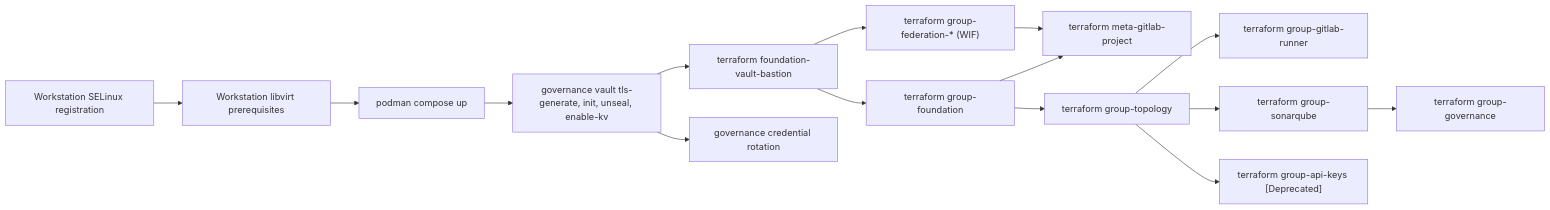
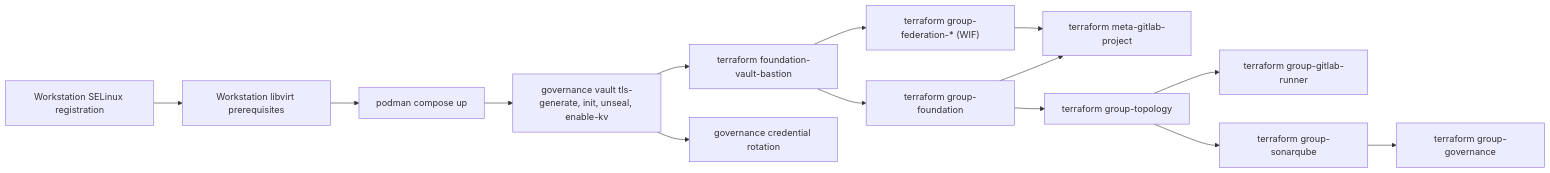
One commit to csning1998/parent-group-governance changed the diagram in README.md. Above: the diagram before and after it, drawn with Mermaid. The commit also changed other lines of this file and 20 other files, not shown here.

````diff
--- a/README.md
+++ b/README.md
@@ -39,17 +39,16 @@
 ```mermaid
 flowchart LR
     SELinux["Workstation SELinux registration"] --> Libvirt["Workstation libvirt prerequisites"]
     Libvirt --> Compose["podman compose up"]
     Compose --> VaultLifecycle["governance vault tls-generate, init, unseal, enable-kv"]
     VaultLifecycle --> Foundation["terraform foundation-vault-bastion"]
     Foundation --> GroupFoundation["terraform group-foundation"]
     Foundation --> Federation["terraform group-federation-* (WIF)"]
     GroupFoundation --> Project["terraform meta-gitlab-project"]
     Federation --> Project
     GroupFoundation --> Topology["terraform group-topology"]
     Topology --> Runner["terraform group-gitlab-runner"]
     Topology --> Sonar["terraform group-sonarqube"]
     Sonar --> Governance["terraform group-governance"]
-    Topology --> ApiKeys["terraform group-api-keys [Deprecated]"]
     VaultLifecycle --> Rotate["governance credential rotation"]
 ```
````
